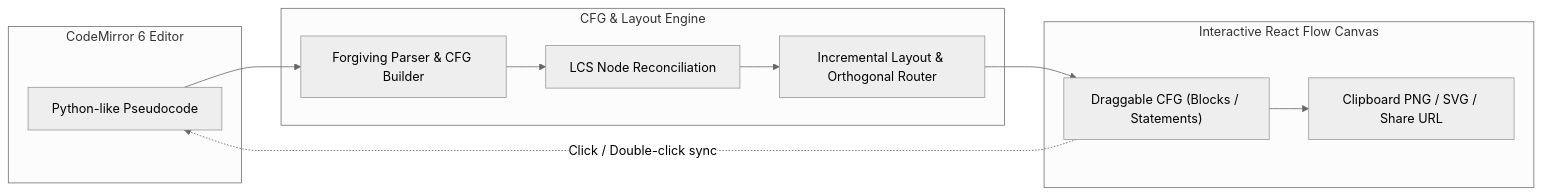
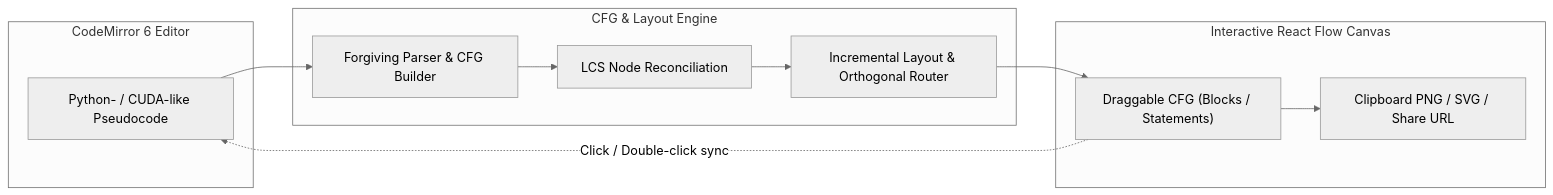
One commit to r4ai/pseudo-cfg changed the first of 2 diagrams in README.md. Above: the diagram before and after it, drawn with Mermaid (neutral theme). The commit also changed other lines of this file and 17 other files, not shown here.

First line of the commit message:
feat: support CUDA-like pseudocode (#28)

````diff
--- a/README.md
+++ b/README.md
@@ -22,21 +22,21 @@
 ```mermaid
 flowchart LR
     subgraph Editor["CodeMirror 6 Editor"]
-        Code["Python-like Pseudocode"]
+        Code["Python- / CUDA-like Pseudocode"]
     end
 
     subgraph Engine["CFG & Layout Engine"]
         Parse["Forgiving Parser & CFG Builder"]
         Reconcile["LCS Node Reconciliation"]
         Layout["Incremental Layout & Orthogonal Router"]
     end
 
     subgraph Canvas["Interactive React Flow Canvas"]
         Graph["Draggable CFG (Blocks / Statements)"]
         Export["Clipboard PNG / SVG / Share URL"]
     end
 
     Code --> Parse --> Reconcile --> Layout --> Graph
     Graph --> Export
     Graph -. "Click / Double-click sync" .-> Code
 ```
````
